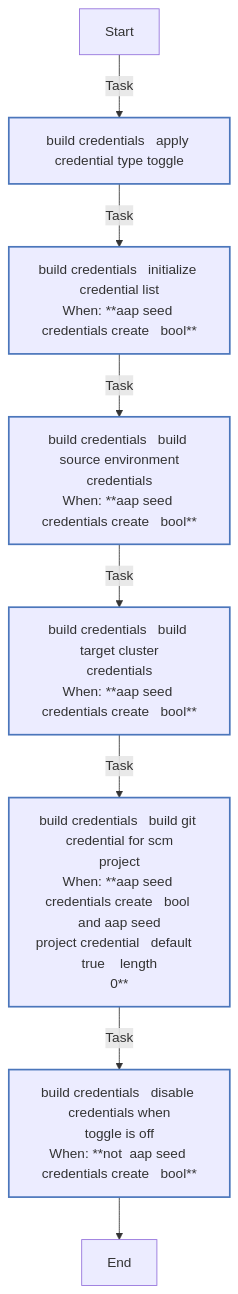
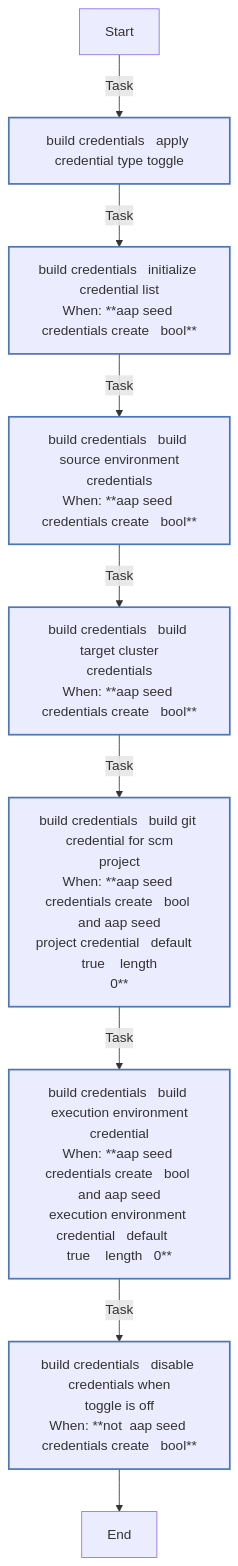
Before and after one commit to redhat-cop/openshift_virtualization_migration: the first of 6 diagrams in roles/aap_seed/README.md, drawn with Mermaid. The commit also changed other lines of this file and 5 other files, not shown here.

Commit message:
feat: Support for Execution Environments and associted credentials

````diff
--- a/roles/aap_seed/README.md
+++ b/roles/aap_seed/README.md
@@ -872,20 +1023,21 @@
 ```mermaid
 flowchart TD
 Start
 classDef block stroke:#3498db,stroke-width:2px;
 classDef task stroke:#4b76bb,stroke-width:2px;
 classDef includeTasks stroke:#16a085,stroke-width:2px;
 classDef importTasks stroke:#34495e,stroke-width:2px;
 classDef includeRole stroke:#2980b9,stroke-width:2px;
 classDef importRole stroke:#699ba7,stroke-width:2px;
 classDef includeVars stroke:#8e44ad,stroke-width:2px;
 classDef rescue stroke:#665352,stroke-width:2px;
 
   Start-->|Task| build_credentials___Apply_credential_type_toggle0[build credentials   apply credential type toggle]:::task
   build_credentials___Apply_credential_type_toggle0-->|Task| build_credentials___Initialize_credential_list1[build credentials   initialize credential list<br>When: **aap seed credentials create   bool**]:::task
   build_credentials___Initialize_credential_list1-->|Task| build_credentials___Build_source_environment_credentials2[build credentials   build source environment<br>credentials<br>When: **aap seed credentials create   bool**]:::task
   build_credentials___Build_source_environment_credentials2-->|Task| build_credentials___Build_target_cluster_credentials3[build credentials   build target cluster<br>credentials<br>When: **aap seed credentials create   bool**]:::task
   build_credentials___Build_target_cluster_credentials3-->|Task| build_credentials___Build_Git_credential_for_SCM_project4[build credentials   build git credential for scm<br>project<br>When: **aap seed credentials create   bool and aap seed<br>project credential   default     true    length  <br>0**]:::task
-  build_credentials___Build_Git_credential_for_SCM_project4-->|Task| build_credentials___Disable_credentials_when_toggle_is_off5[build credentials   disable credentials when<br>toggle is off<br>When: **not  aap seed credentials create   bool**]:::task
-  build_credentials___Disable_credentials_when_toggle_is_off5-->End
+  build_credentials___Build_Git_credential_for_SCM_project4-->|Task| build_credentials___Build_Execution_Environment_credential5[build credentials   build execution environment<br>credential<br>When: **aap seed credentials create   bool and aap seed<br>execution environment credential   default    <br>true    length   0**]:::task
+  build_credentials___Build_Execution_Environment_credential5-->|Task| build_credentials___Disable_credentials_when_toggle_is_off6[build credentials   disable credentials when<br>toggle is off<br>When: **not  aap seed credentials create   bool**]:::task
+  build_credentials___Disable_credentials_when_toggle_is_off6-->End
 ```
````
